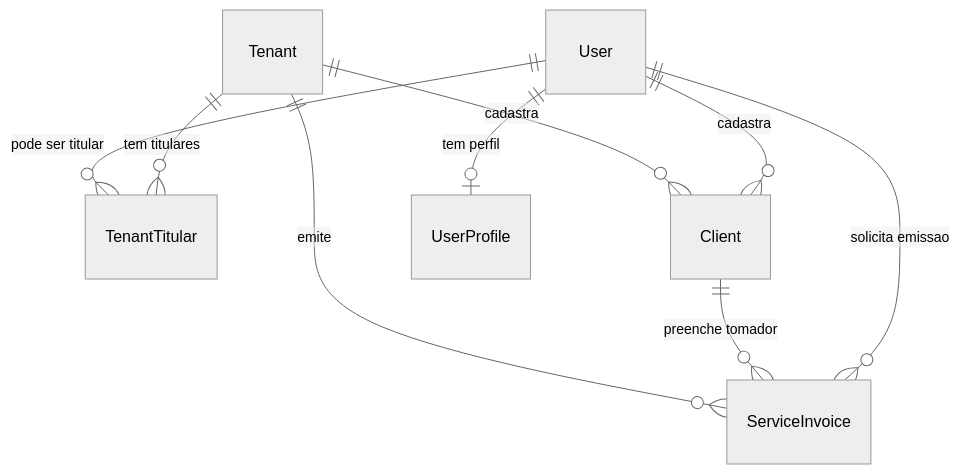
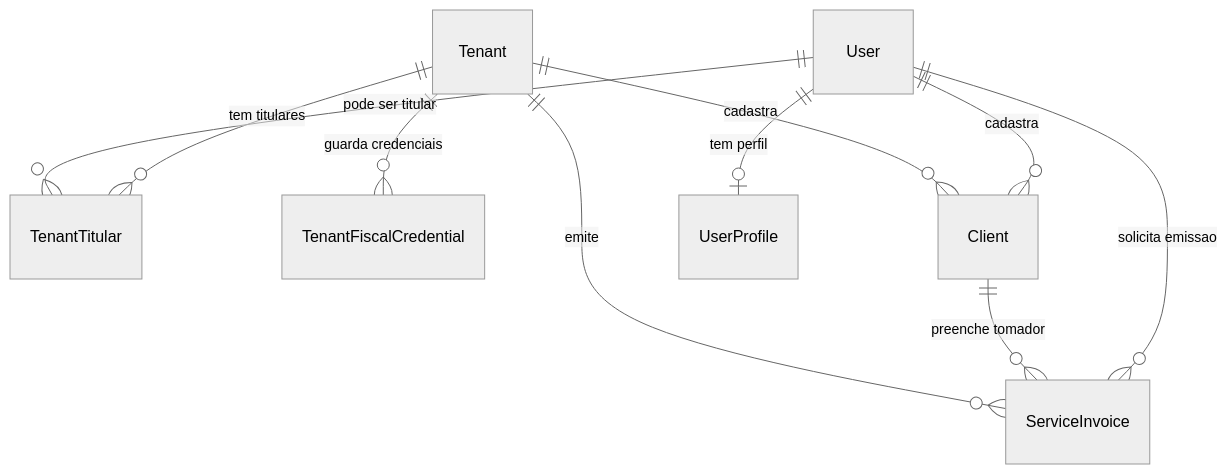
The first of 2 diagrams in docs/architecture.md (GuilhermeRiguitti/atlas-erp), drawn with Mermaid (neutral theme) before and after one commit. The commit also changed other lines of this file and 128 other files, not shown here.

Commit message:
feat: empresa, cliente, multiple-tenants, sass, prepacaco-tenant-integracao-fiscal

````diff
--- a/docs/architecture.md
+++ b/docs/architecture.md
@@ -9,11 +11,12 @@
 ```mermaid
 erDiagram
   User ||--o{ TenantTitular : "pode ser titular"
   Tenant ||--o{ TenantTitular : "tem titulares"
+  Tenant ||--o{ TenantFiscalCredential : "guarda credenciais"
   Tenant ||--o{ Client : "cadastra"
   Tenant ||--o{ ServiceInvoice : "emite"
   Client ||--o{ ServiceInvoice : "preenche tomador"
   User ||--o{ ServiceInvoice : "solicita emissao"
   User ||--o{ Client : "cadastra"
   User ||--o| UserProfile : "tem perfil"
 ```
````
